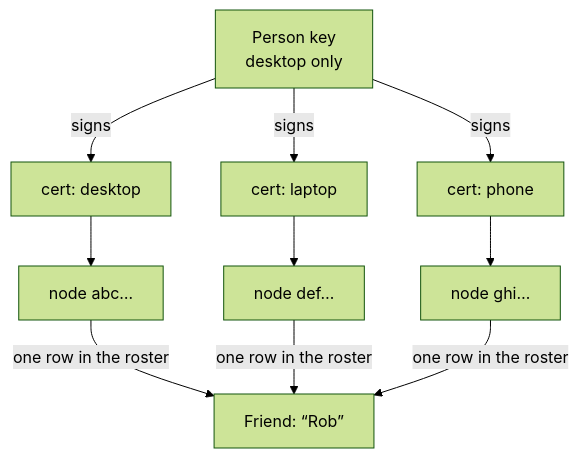
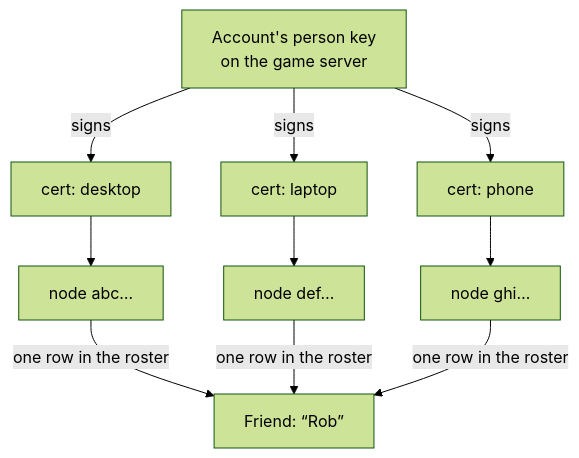
One commit to ConstCorrectness/horrible-dashboard changed the first of 2 diagrams in docs/modules/social.mdx. Above: the diagram before and after it, drawn with Mermaid (forest theme). The commit also changed other lines of this file and 26 other files, not shown here.

Commit message:
social.mdx, people.mdx, game-server.mdx

````diff
--- a/docs/modules/social.mdx
+++ b/docs/modules/social.mdx
@@ -61,10 +64,10 @@
 ```mermaid
 flowchart TD
-  PK[Person key<br/>desktop only] -->|signs| C1[cert: laptop]
+  PK[Account's person key<br/>on the game server] -->|signs| C1[cert: laptop]
   PK -->|signs| C2[cert: phone]
   PK -->|signs| C0[cert: desktop]
   C0 --> N0[node abc…]
   C1 --> N1[node def…]
   C2 --> N2[node ghi…]
   N0 & N1 & N2 -->|one row in the roster| F[Friend: “Rob”]
 ```
````
